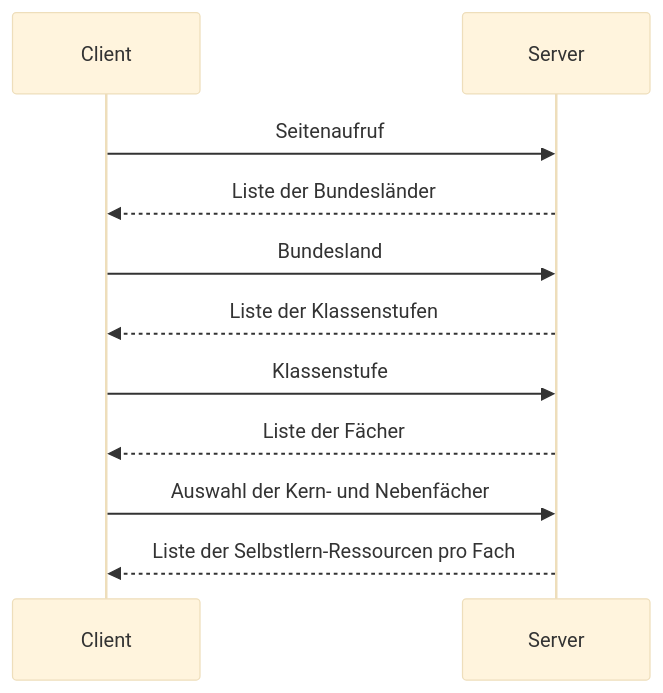
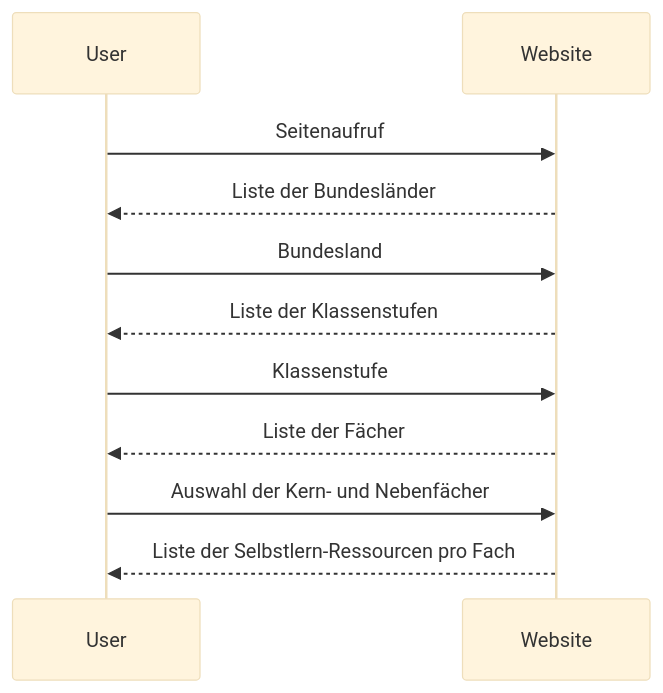
The third of 5 diagrams in diagramme.md (davidpomerenke/lernplattform), drawn with Mermaid (base theme) before and after one commit. The commit also changed other lines of this file and 7 other files, not shown here.

````diff
--- a/diagramme.md
+++ b/diagramme.md
@@ -60,11 +57,11 @@
 ```mermaid
 sequenceDiagram
-	Client->>Server: Seitenaufruf
-	Server-->>Client: Liste der Bundesländer
-	Client->>Server: Bundesland
-	Server-->>Client: Liste der Klassenstufen
-	Client->>Server: Klassenstufe
-	Server-->>Client: Liste der Fächer
-	Client->>Server: Auswahl der Kern- und Nebenfächer
-	Server-->>Client: Liste der Selbstlern-Ressourcen pro Fach
+	User->>Website: Seitenaufruf
+	Website-->>User: Liste der Bundesländer
+	User->>Website: Bundesland
+	Website-->>User: Liste der Klassenstufen
+	User->>Website: Klassenstufe
+	Website-->>User: Liste der Fächer
+	User->>Website: Auswahl der Kern- und Nebenfächer
+	Website-->>User: Liste der Selbstlern-Ressourcen pro Fach
 ```
````
